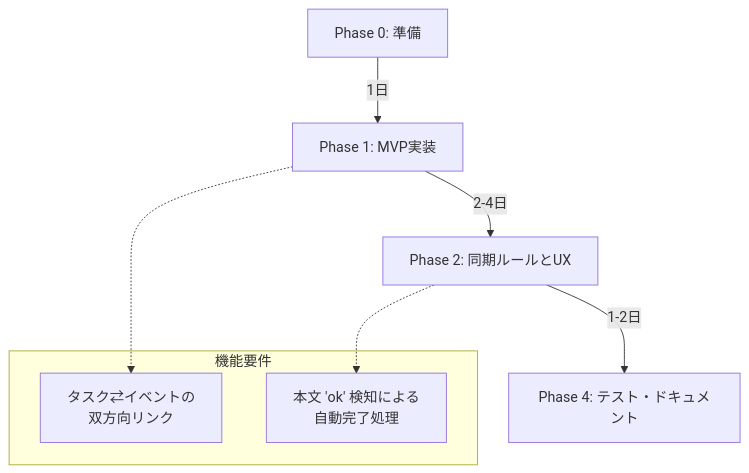
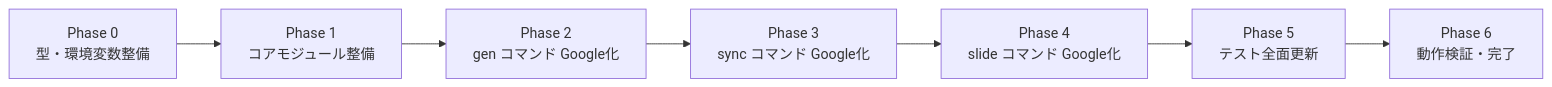
Before and after one commit to hiroxpepe/gentask: the diagram in docs/04_development_roadmap.md, drawn with Mermaid. The commit also changed other lines of this file and 14 other files, not shown here.

Commit message:
docs: remove M365, rewrite all docs for Google-only architecture

````diff
--- a/docs/04_development_roadmap.md
+++ b/docs/04_development_roadmap.md
@@ -42,14 +181,9 @@
 ```mermaid
-graph TD
-    P0[Phase 0: 準備] -->|1日| P1[Phase 1: MVP実装]
-    P1 -->|2-4日| P2[Phase 2: 同期ルールとUX]
-    P2 -->|1-2日| P4[Phase 4: テスト・ドキュメント]
-    
-    subgraph 機能要件
-    F1[タスク⇄イベントの<br/>双方向リンク]
-    F2[本文 'ok' 検知による<br/>自動完了処理]
-    end
-    
-    P1 -.-> F1
-    P2 -.-> F2
+graph LR
+    P0[Phase 0<br/>型・環境変数整備] --> P1[Phase 1<br/>コアモジュール整備]
+    P1 --> P2[Phase 2<br/>gen コマンド Google化]
+    P2 --> P3[Phase 3<br/>sync コマンド Google化]
+    P3 --> P4[Phase 4<br/>slide コマンド Google化]
+    P4 --> P5[Phase 5<br/>テスト全面更新]
+    P5 --> P6[Phase 6<br/>動作検証・完了]
 ```
````
